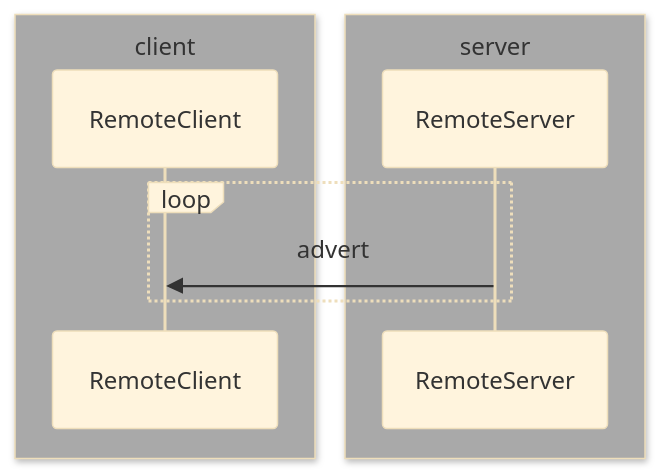
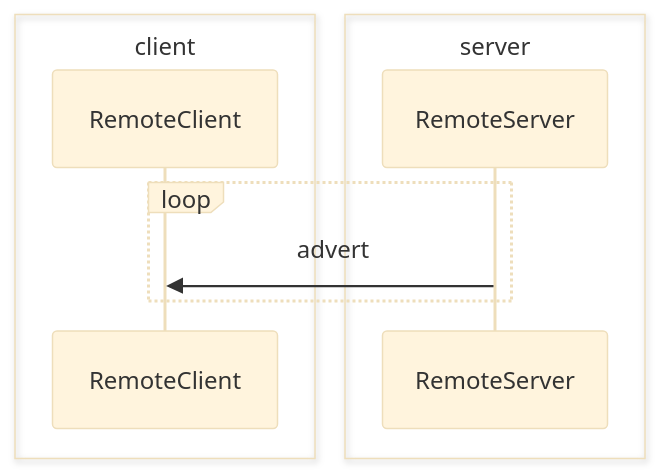
Before and after one commit to jbuehl/homealone: the diagram in docs/README.remote.md, drawn with Mermaid (base theme).

Commit message:
Add diagrams

````diff
--- a/docs/README.remote.md
+++ b/docs/README.remote.md
@@ -42,12 +42,12 @@
 ```mermaid
 sequenceDiagram
-	box darkGray client
+	box client
 	participant RemoteClient
 	end
-	box darkGray server
+	box server
 	participant RemoteServer
 	end
 	loop
 		RemoteServer ->> RemoteClient: advert
 	end
 ```
````
